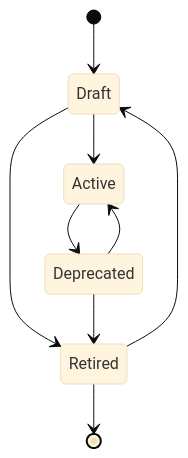
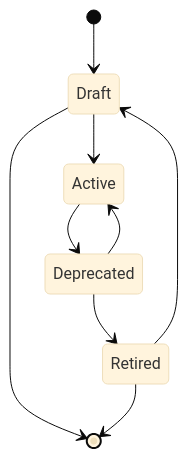
The diagram in docs/adr/0010-output-port-lifecycle.md (conveyordata/data-product-portal), drawn with Mermaid (base theme) before and after one commit. The commit also changed other lines of this file, not shown here.

````diff
--- a/docs/adr/0010-output-port-lifecycle.md
+++ b/docs/adr/0010-output-port-lifecycle.md
@@ -60,11 +62,11 @@
 ```mermaid
 stateDiagram-v2
     [*] --> Draft
     Draft --> Active
-    Draft --> Retired
+    Draft --> [*]
     Active --> Deprecated
     Deprecated --> Retired
     Deprecated --> Active
     Retired --> Draft
     Retired --> [*]
 ```
````
